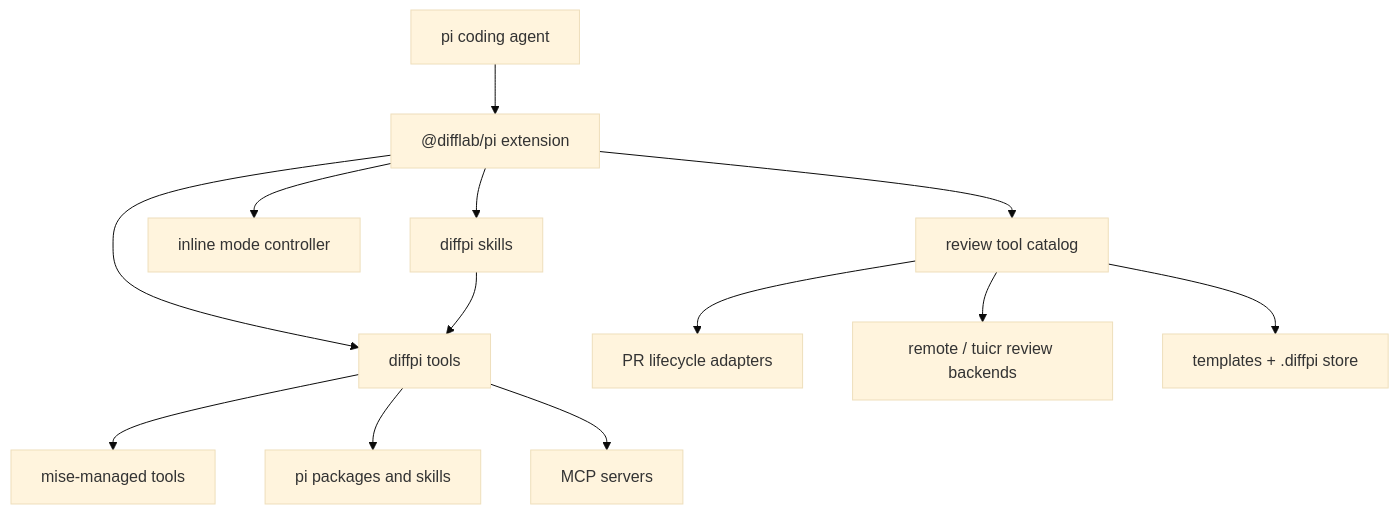
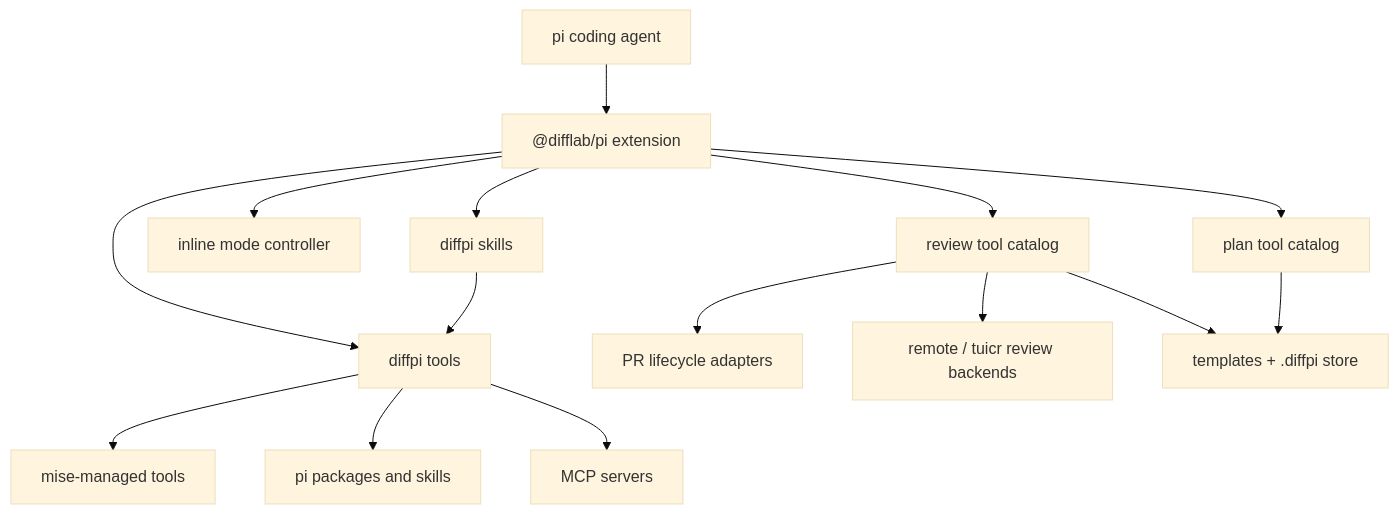
The diagram in docs/architecture/index.md (difflab-io/diffpi), drawn with Mermaid (base theme) before and after one commit. The commit also changed other lines of this file and 96 other files, not shown here.

````diff
--- a/docs/architecture/index.md
+++ b/docs/architecture/index.md
@@ -30,15 +31,17 @@
 ```mermaid
 graph TD
     Pi["pi coding agent"] --> Extension["@difflab/pi extension"]
     Extension --> Tools["diffpi tools"]
     Extension --> Skills["diffpi skills"]
     Extension --> Modes["inline mode controller"]
     Extension --> Review["review tool catalog"]
+    Extension --> Plan["plan tool catalog"]
     Skills --> Tools
     Review --> Forge["PR lifecycle adapters"]
     Review --> Backends["remote / tuicr review backends"]
     Review --> Store["templates + .diffpi store"]
+    Plan --> Store
     Tools --> Mise["mise-managed tools"]
     Tools --> Packages["pi packages and skills"]
     Tools --> MCP["MCP servers"]
 ```
````
